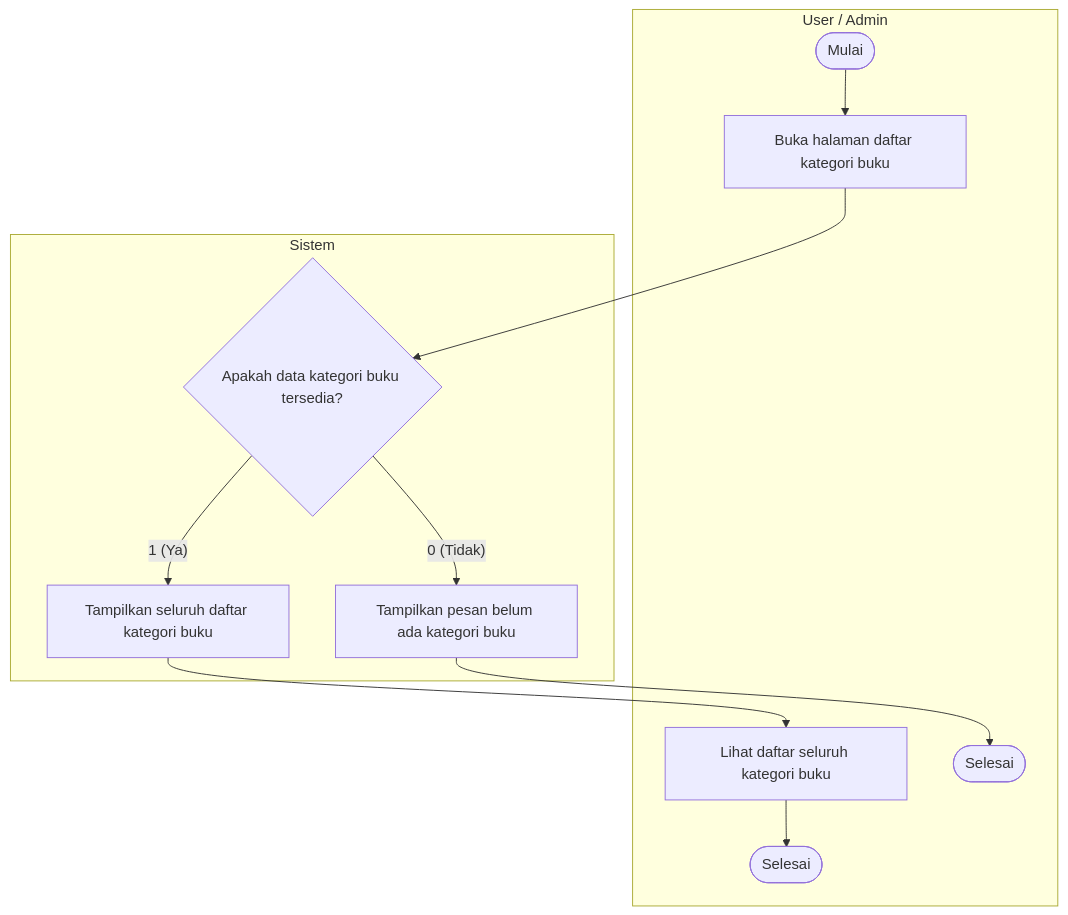
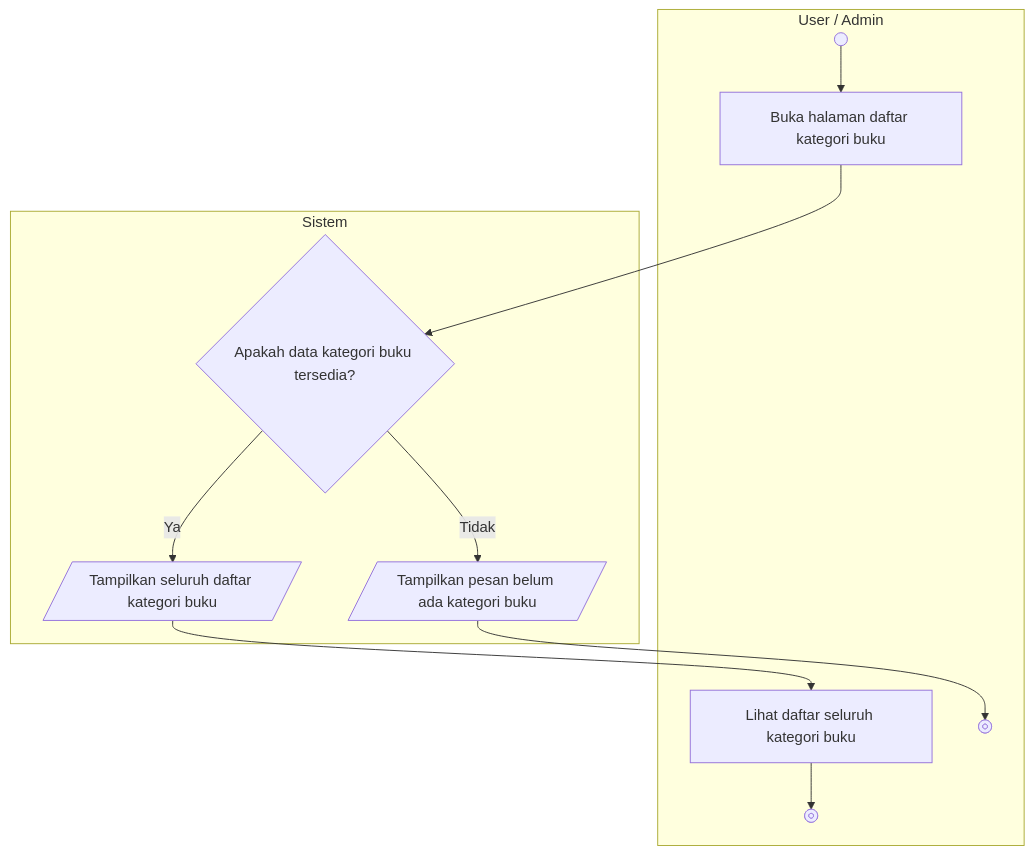
The diagram in docs/uml/src/diagrams/list-diagrams/activity-readlistcategories.mmd (dimstyle/ruang-baca), drawn with Mermaid before and after one commit. The commit also changed 134 other files, not shown here.

Commit message:
docs(diagrams): add Chen ERD, use parallelograms for activity I/O, fix layouts, and simplify Ya/Tidak labels

```diff
--- a/docs/uml/src/diagrams/list-diagrams/activity-readlistcategories.mmd
+++ b/docs/uml/src/diagrams/list-diagrams/activity-readlistcategories.mmd
@@ -1,14 +1,14 @@
 flowchart TD
     subgraph UserAdmin["User / Admin"]
-        start(["Mulai"]) --> openMenu["Buka halaman daftar kategori buku"]
-        viewList["Lihat daftar seluruh kategori buku"] --> finish(["Selesai"])
-        finishEmpty(["Selesai"])
+        start@{ shape: sm-circ } --> openMenu["Buka halaman daftar kategori buku"]
+        viewList["Lihat daftar seluruh kategori buku"] --> finish@{ shape: fr-circ }
+        finishEmpty@{ shape: fr-circ }
     end
 
     subgraph Sistem["Sistem"]
         openMenu --> checkAvail{"Apakah data kategori buku tersedia?"}
-        checkAvail -->|"0 (Tidak)"| showEmpty["Tampilkan pesan belum ada kategori buku"]
+        checkAvail -->|"Tidak"| showEmpty[/"Tampilkan pesan belum ada kategori buku"/]
         showEmpty --> finishEmpty
-        checkAvail -->|"1 (Ya)"| showList["Tampilkan seluruh daftar kategori buku"]
+        checkAvail -->|"Ya"| showList[/"Tampilkan seluruh daftar kategori buku"/]
         showList --> viewList
     end
```
